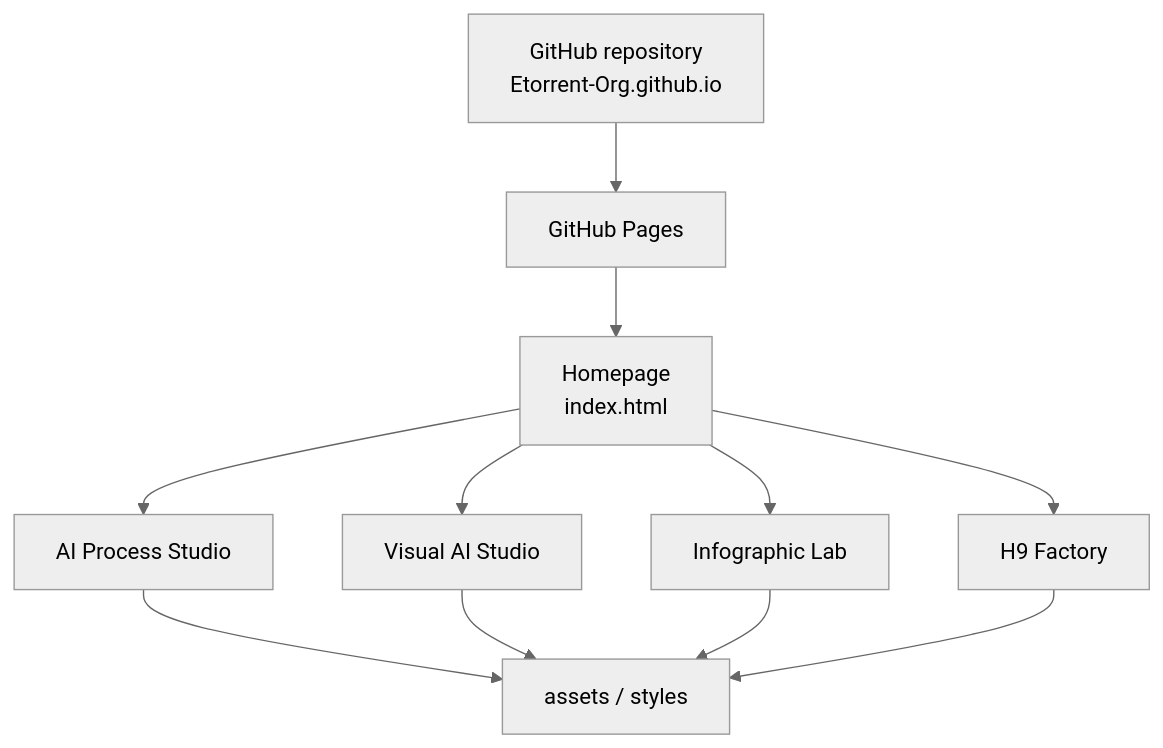
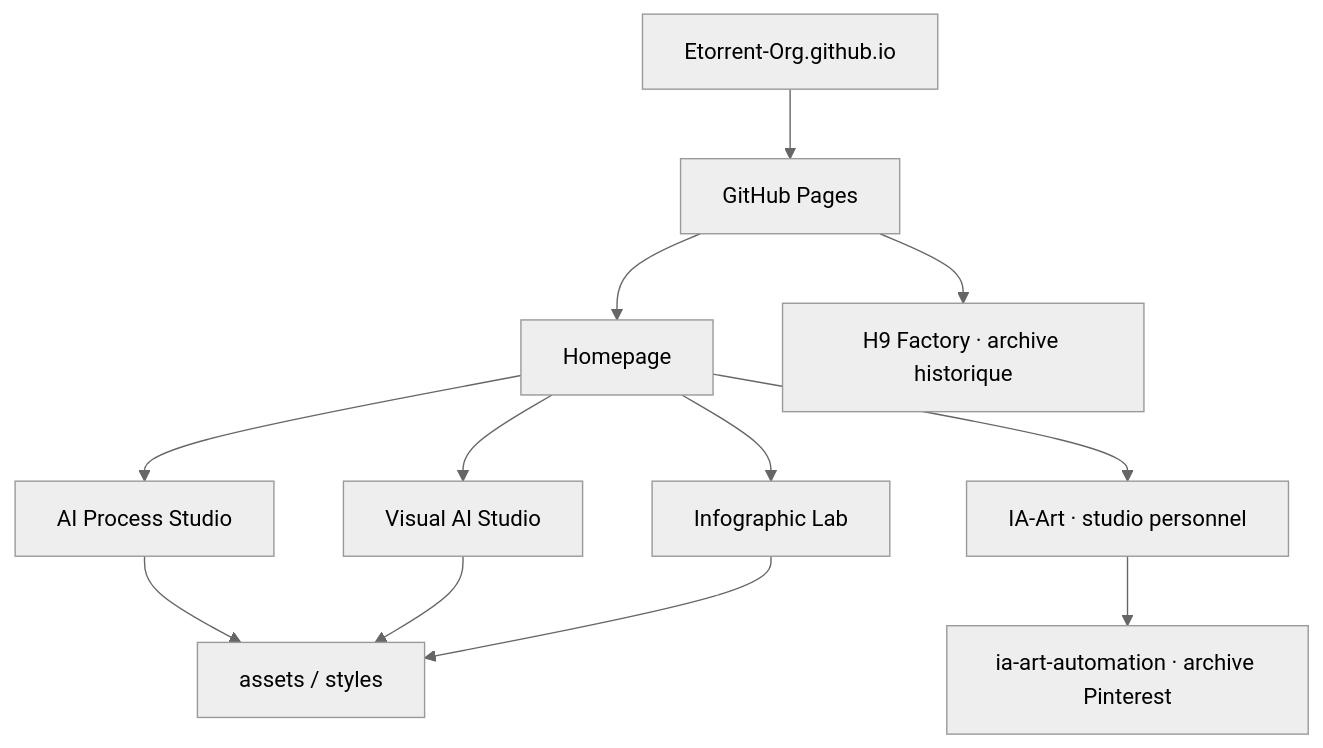
The diagram in ARCHITECTURE.md (Etorrent-Org/Etorrent-Org.github.io), drawn with Mermaid (neutral theme) before and after one commit. The commit also changed other lines of this file, not shown here.

Commit message:
docs: aligne architecture du portail sur les produits actifs

````diff
--- a/ARCHITECTURE.md
+++ b/ARCHITECTURE.md
@@ -5,13 +5,14 @@
 ```mermaid
 flowchart TD
-    G[GitHub repository\nEtorrent-Org.github.io] --> P[GitHub Pages]
-    P --> H[Homepage\nindex.html]
+    G[Etorrent-Org.github.io] --> P[GitHub Pages]
+    P --> H[Homepage]
     H --> A[AI Process Studio]
     H --> V[Visual AI Studio]
     H --> I[Infographic Lab]
-    H --> F[H9 Factory]
+    H --> IA[IA-Art · studio personnel]
+    P --> F[H9 Factory · archive historique]
     A --> AS[assets / styles]
     V --> AS
     I --> AS
-    F --> AS
+    IA --> EXT[ia-art-automation · archive Pinterest]
 ```
````
